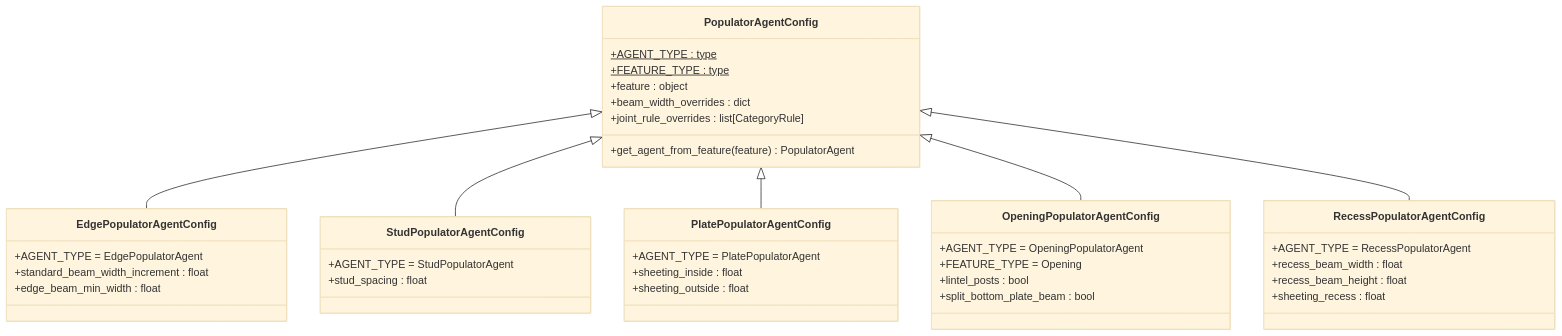
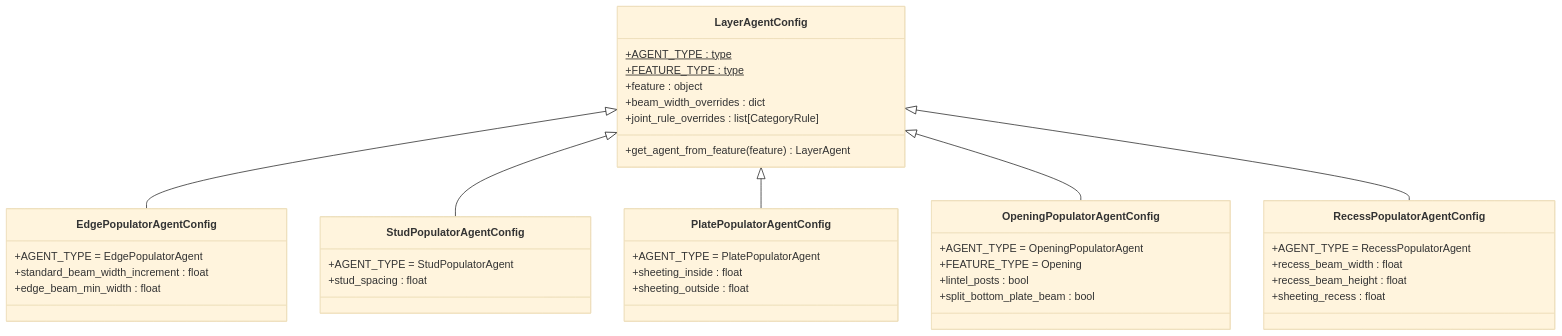
The fourth of 6 diagrams in docs/contribution/class_diagrams.md (gramaziokohler/timber_design), drawn with Mermaid (base theme) before and after one commit. The commit also changed other lines of this file and 28 other files, not shown here.

````diff
--- a/docs/contribution/class_diagrams.md
+++ b/docs/contribution/class_diagrams.md
@@ -231,50 +231,50 @@
 ```mermaid
 classDiagram
 
-    class PopulatorAgentConfig {
+    class LayerAgentConfig {
         +AGENT_TYPE : type$
         +FEATURE_TYPE : type$
         +feature : object
         +beam_width_overrides : dict
         +joint_rule_overrides : list[CategoryRule]
-        +get_agent_from_feature(feature) PopulatorAgent
+        +get_agent_from_feature(feature) LayerAgent
     }
 
     class EdgePopulatorAgentConfig {
         +AGENT_TYPE = EdgePopulatorAgent
         +standard_beam_width_increment : float
         +edge_beam_min_width : float
     }
 
     class StudPopulatorAgentConfig {
         +AGENT_TYPE = StudPopulatorAgent
         +stud_spacing : float
     }
 
     class PlatePopulatorAgentConfig {
         +AGENT_TYPE = PlatePopulatorAgent
         +sheeting_inside : float
         +sheeting_outside : float
     }
 
     class OpeningPopulatorAgentConfig {
         +AGENT_TYPE = OpeningPopulatorAgent
         +FEATURE_TYPE = Opening
         +lintel_posts : bool
         +split_bottom_plate_beam : bool
     }
 
     class RecessPopulatorAgentConfig {
         +AGENT_TYPE = RecessPopulatorAgent
         +recess_beam_width : float
         +recess_beam_height : float
         +sheeting_recess : float
     }
 
     %% Inheritance
-    PopulatorAgentConfig <|-- EdgePopulatorAgentConfig
-    PopulatorAgentConfig <|-- StudPopulatorAgentConfig
-    PopulatorAgentConfig <|-- PlatePopulatorAgentConfig
-    PopulatorAgentConfig <|-- OpeningPopulatorAgentConfig
-    PopulatorAgentConfig <|-- RecessPopulatorAgentConfig
+    LayerAgentConfig <|-- EdgePopulatorAgentConfig
+    LayerAgentConfig <|-- StudPopulatorAgentConfig
+    LayerAgentConfig <|-- PlatePopulatorAgentConfig
+    LayerAgentConfig <|-- OpeningPopulatorAgentConfig
+    LayerAgentConfig <|-- RecessPopulatorAgentConfig
 ```
````
